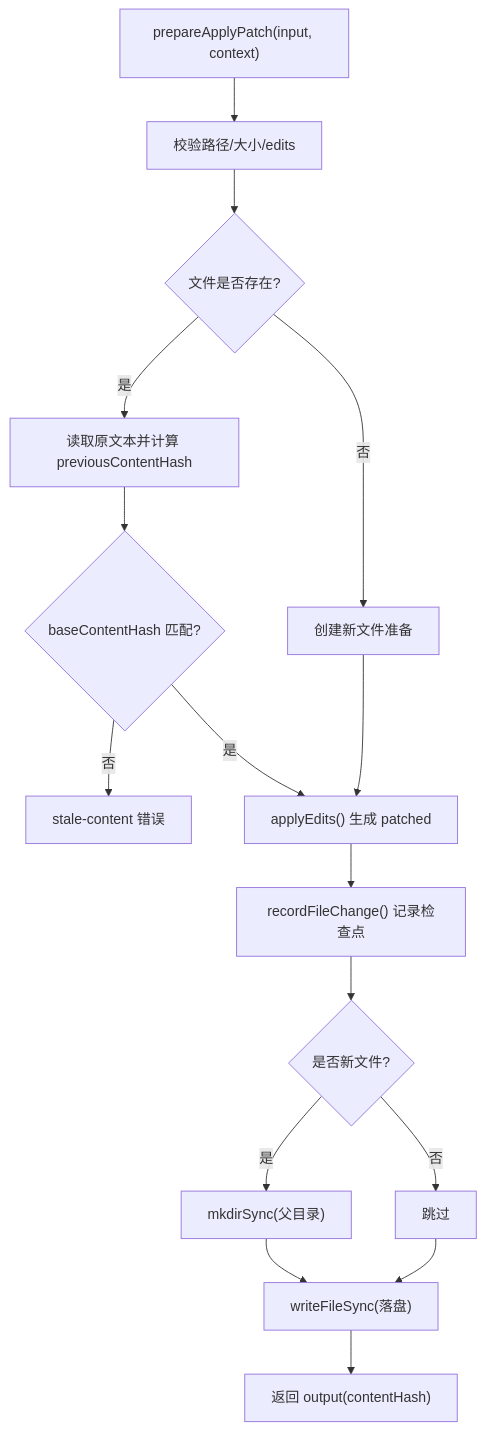
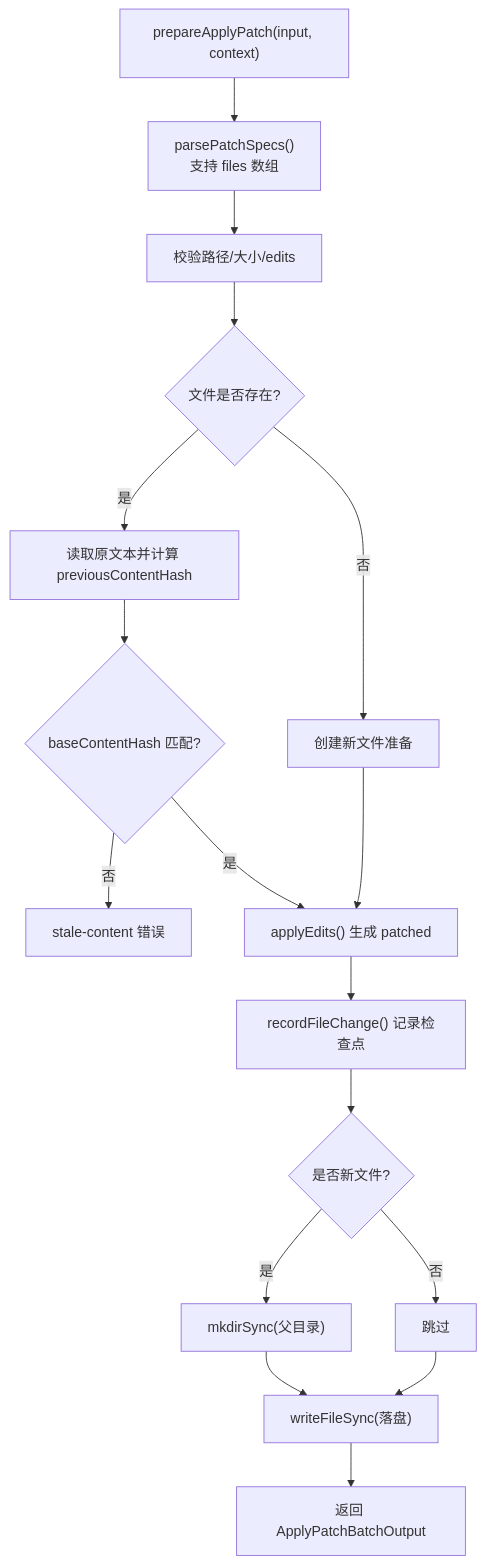
One commit to dyx-9163/ai-aifar changed the fourth of 7 diagrams in .qoder/repowiki/zh/content/核心模块/AI代理系统/文件修改审批工作流.md. Above: the diagram before and after it, drawn with Mermaid. The commit also changed other lines of this file and 37 other files, not shown here.

````diff
--- a/.qoder/repowiki/zh/content/核心模块/AI代理系统/文件修改审批工作流.md
+++ b/.qoder/repowiki/zh/content/核心模块/AI代理系统/文件修改审批工作流.md
@@ -151,18 +167,19 @@
 ```mermaid
 flowchart TD
-A["prepareApplyPatch(input, context)"] --> B["校验路径/大小/edits"]
-B --> C{"文件是否存在?"}
-C --> |是| D["读取原文本并计算 previousContentHash"]
-D --> E{"baseContentHash 匹配?"}
-E --> |否| Err["stale-content 错误"]
-E --> |是| F["applyEdits() 生成 patched"]
-C --> |否| G["创建新文件准备"]
-G --> F
-F --> H["recordFileChange() 记录检查点"]
-H --> I{"是否新文件?"}
-I --> |是| J["mkdirSync(父目录)"]
-I --> |否| K["跳过"]
-J --> L["writeFileSync(落盘)"]
-K --> L
-L --> M["返回 output(contentHash)"]
+A["prepareApplyPatch(input, context)"] --> B["parsePatchSpecs()<br/>支持 files 数组"]
+B --> C["校验路径/大小/edits"]
+C --> D{"文件是否存在?"}
+D --> |是| E["读取原文本并计算 previousContentHash"]
+E --> F{"baseContentHash 匹配?"}
+F --> |否| Err["stale-content 错误"]
+F --> |是| G["applyEdits() 生成 patched"]
+D --> |否| H["创建新文件准备"]
+H --> G
+G --> I["recordFileChange() 记录检查点"]
+I --> J{"是否新文件?"}
+J --> |是| K["mkdirSync(父目录)"]
+J --> |否| L["跳过"]
+K --> M["writeFileSync(落盘)"]
+L --> M
+M --> N["返回 ApplyPatchBatchOutput"]
 ```
````
